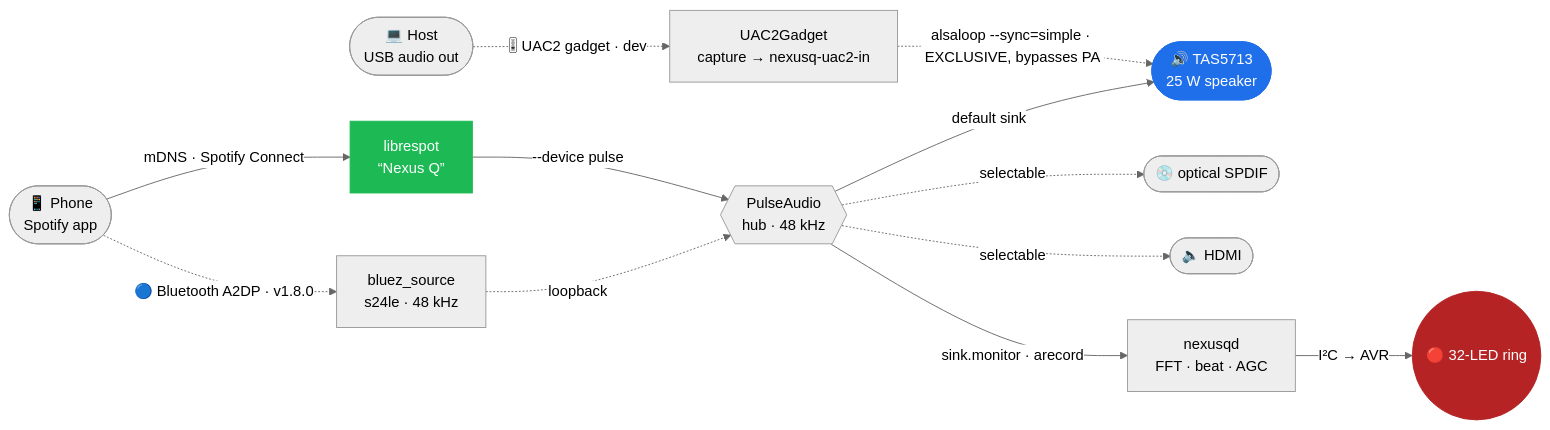
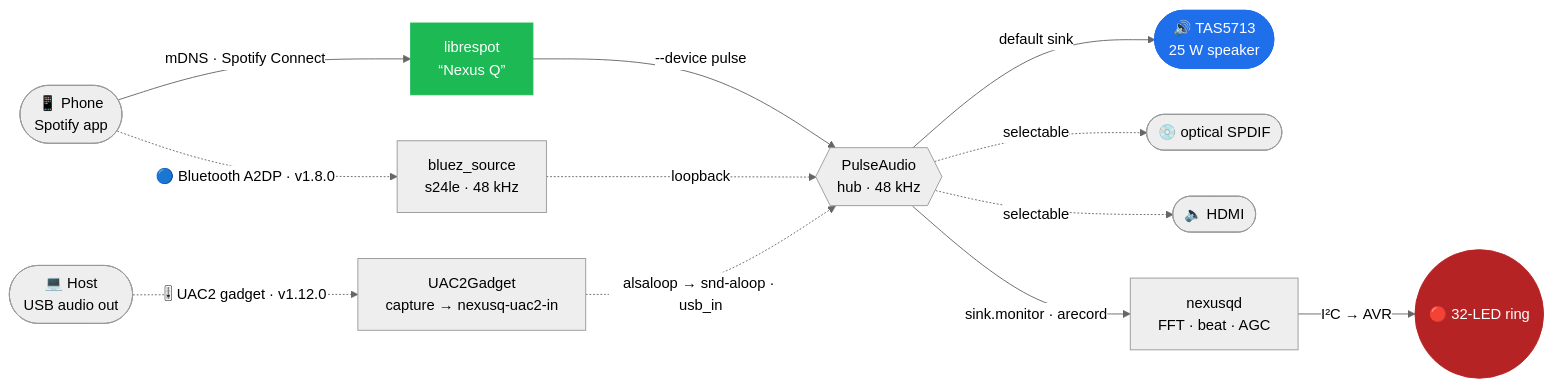
One commit to petronijus/nexusQ-reloaded changed the diagram in README.md. Above: the diagram before and after it, drawn with Mermaid (neutral theme). The commit also changed other lines of this file and 11 other files, not shown here.

````diff
--- a/README.md
+++ b/README.md
@@ -84,18 +84,18 @@
 ```mermaid
 flowchart LR
     P([📱 Phone<br/>Spotify app]) -->|mDNS · Spotify Connect| L[librespot<br/>“Nexus Q”]
     P -.->|🔵 Bluetooth A2DP · v1.8.0| B[bluez_source<br/>s24le · 48 kHz]
-    U([💻 Host<br/>USB audio out]) -.->|🎚 UAC2 gadget · dev| UC[UAC2Gadget<br/>capture → nexusq-uac2-in]
+    U([💻 Host<br/>USB audio out]) -.->|🎚 UAC2 gadget · v1.12.0| UC[UAC2Gadget<br/>capture → nexusq-uac2-in]
     L -->|--device pulse| PA{{PulseAudio<br/>hub · 48 kHz}}
     B -.->|loopback| PA
-    UC -.->|alsaloop --sync=simple · EXCLUSIVE, bypasses PA| S
+    UC -.->|alsaloop → snd-aloop · usb_in| PA
     PA -->|default sink| S([🔊 TAS5713<br/>25 W speaker])
     PA -.->|selectable| SP([💿 optical SPDIF])
     PA -.->|selectable| HD([🔈 HDMI])
     PA -->|sink.monitor · arecord| N[nexusqd<br/>FFT · beat · AGC]
     N -->|I²C → AVR| R(((🔴 32-LED ring)))
 
     style S fill:#1f6feb,stroke:#1f6feb,color:#fff
     style R fill:#b62324,stroke:#b62324,color:#fff
     style L fill:#1db954,stroke:#1db954,color:#fff
 ```
````
